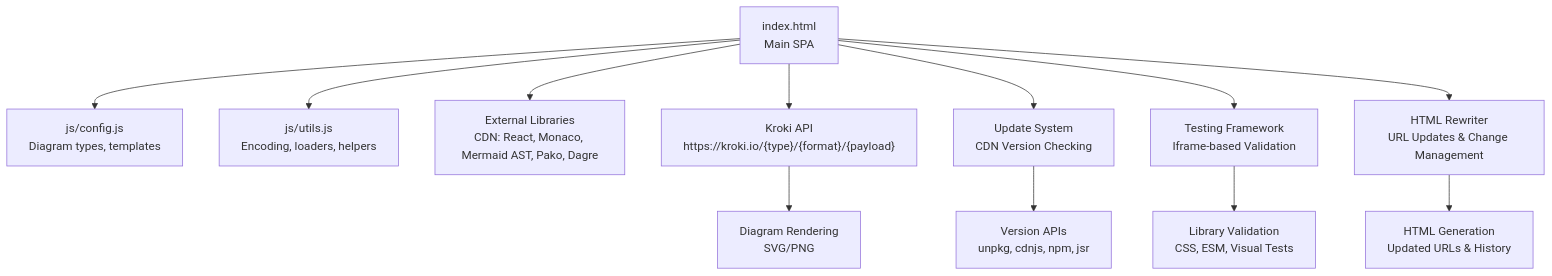
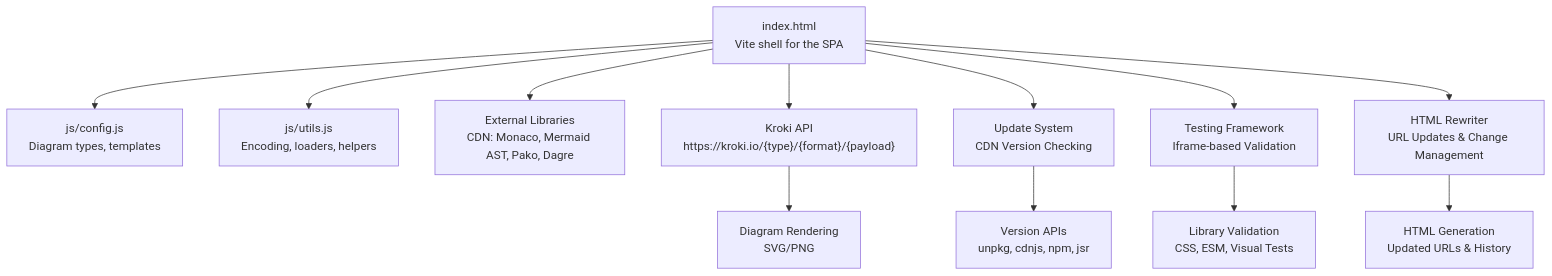
One commit to ongchonghian/universal-diagram-editor changed the first of 11 diagrams in .qoder/repowiki/en/content/Integration and API.md. Above: the diagram before and after it, drawn with Mermaid. The commit also changed other lines of this file and 31 other files, not shown here.

````diff
--- a/.qoder/repowiki/en/content/Integration and API.md
+++ b/.qoder/repowiki/en/content/Integration and API.md
@@ -58,14 +58,14 @@
 ```mermaid
 graph TB
-A["index.html<br/>Main SPA"] --> B["js/config.js<br/>Diagram types, templates"]
+A["index.html<br/>Vite shell for the SPA"] --> B["js/config.js<br/>Diagram types, templates"]
 A --> C["js/utils.js<br/>Encoding, loaders, helpers"]
-A --> D["External Libraries<br/>CDN: React, Monaco, Mermaid AST, Pako, Dagre"]
+A --> D["External Libraries<br/>CDN: Monaco, Mermaid AST, Pako, Dagre"]
 A --> E["Kroki API<br/>https://kroki.io/{type}/{format}/{payload}"]
 A --> F["Update System<br/>CDN Version Checking"]
 A --> G["Testing Framework<br/>Iframe-based Validation"]
 A --> H["HTML Rewriter<br/>URL Updates & Change Management"]
 E --> I["Diagram Rendering<br/>SVG/PNG"]
 F --> J["Version APIs<br/>unpkg, cdnjs, npm, jsr"]
 G --> K["Library Validation<br/>CSS, ESM, Visual Tests"]
 H --> L["HTML Generation<br/>Updated URLs & History"]
 ```
````
